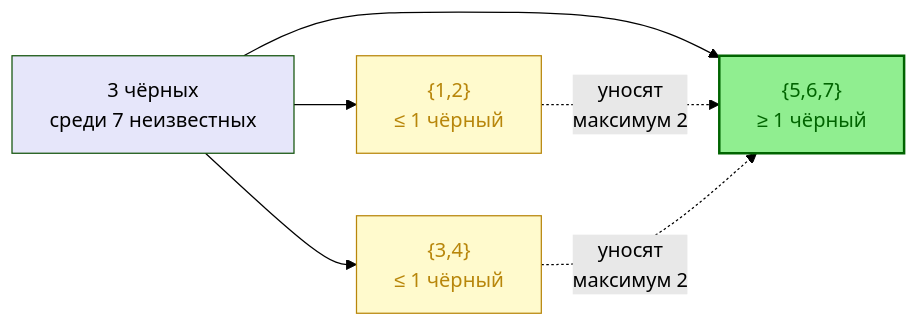
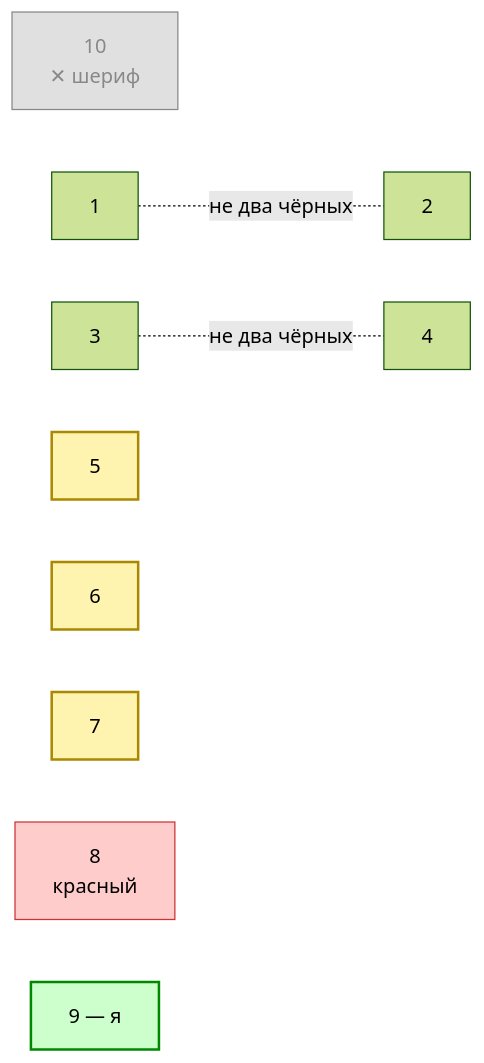
Before and after one commit to Acexey/mafia-handbook: the diagram in voting/divisions/9-players/checked-red-killed-sheriff.md, drawn with Mermaid (forest theme). The commit also changed other lines of this file and 1 other file, not shown here.

````diff
--- a/voting/divisions/9-players/checked-red-killed-sheriff.md
+++ b/voting/divisions/9-players/checked-red-killed-sheriff.md
@@ -13,19 +14,26 @@
 ```mermaid
 flowchart LR
-    A["3 чёрных<br/>среди 7 неизвестных"]
-    B["{1,2}<br/>≤ 1 чёрный"]
-    C["{3,4}<br/>≤ 1 чёрный"]
-    D["{5,6,7}<br/>≥ 1 чёрный"]
-    A --> B
-    A --> C
-    A --> D
-    B -.->|"уносят<br/>максимум 2"| D
-    C -.->|"уносят<br/>максимум 2"| D
+    s10["10<br/>✕ шериф"]
+    s1[1]
+    s2[2]
+    s3[3]
+    s4[4]
+    s5[5]
+    s6[6]
+    s7[7]
+    s8["8<br/>красный"]
+    s9["9 — я"]
 
-    classDef start fill:lavender
-    classDef pair fill:lemonchiffon,stroke:darkgoldenrod,color:darkgoldenrod
-    classDef target fill:lightgreen,stroke:darkgreen,color:darkgreen,stroke-width:2px
-    class A start
-    class B,C pair
-    class D target
+    s1 -. "не два чёрных" .- s2
+    s3 -. "не два чёрных" .- s4
+
+    classDef dead fill:#e0e0e0,stroke:#888,color:#888
+    classDef red fill:#fcc,stroke:#c33
+    classDef me fill:#cfc,stroke:#080,stroke-width:2px
+    classDef target fill:#fff3b0,stroke:#a80,stroke-width:2px
+
+    class s10 dead
+    class s8 red
+    class s9 me
+    class s5,s6,s7 target
 ```
````
